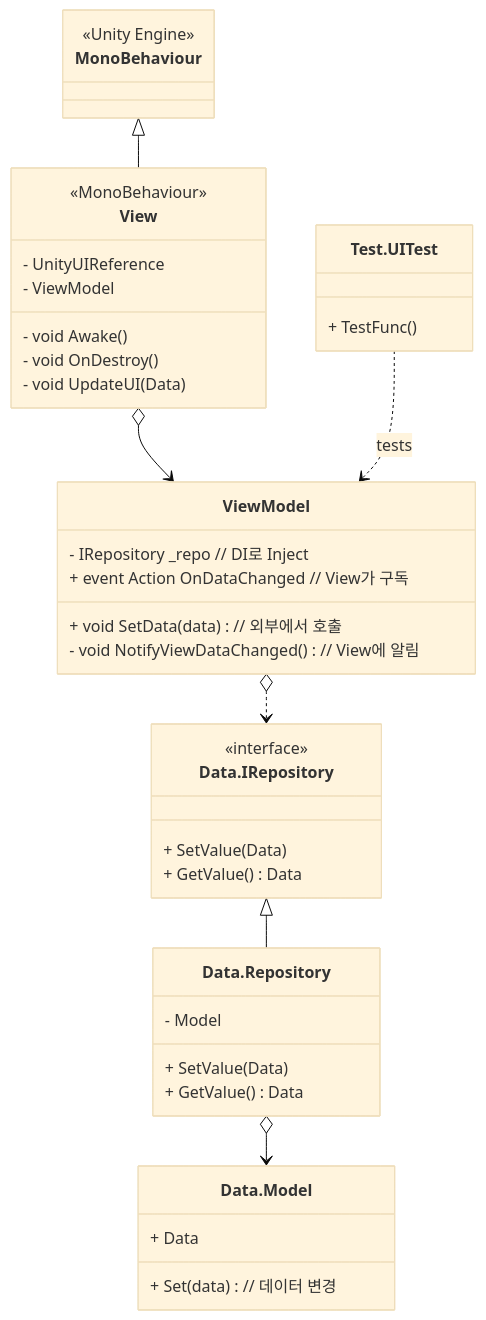
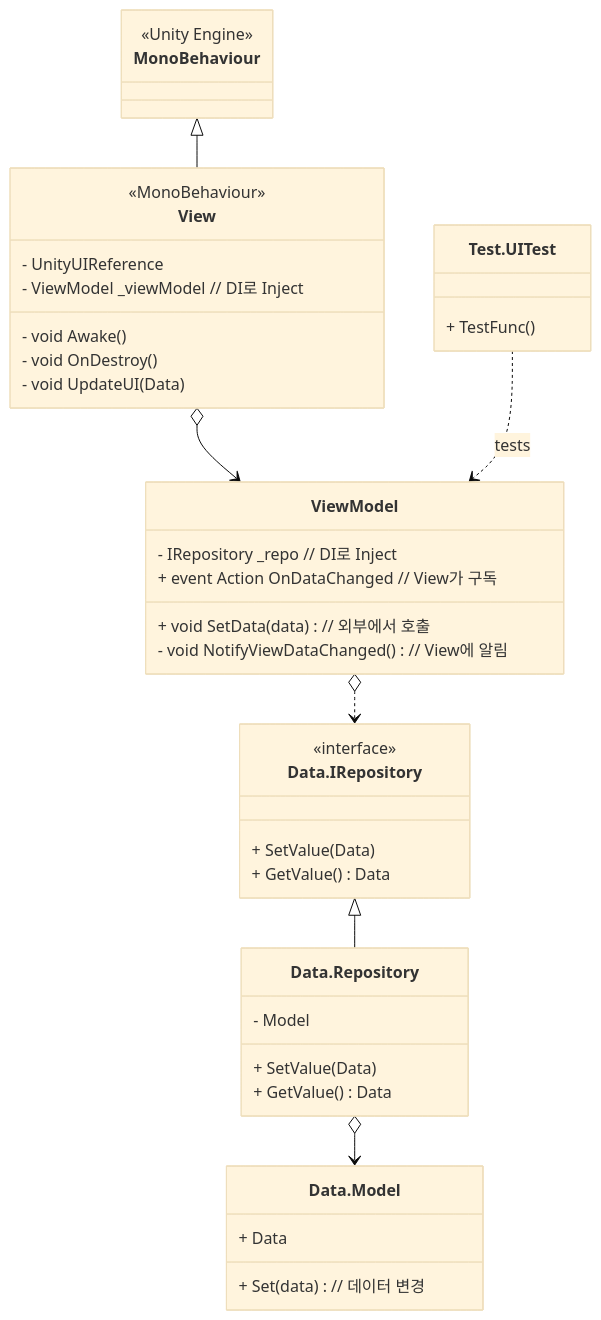
One commit to HyunWoo-Jo/ProjectHS changed the third of 3 diagrams in _Doc/System.md. Above: the diagram before and after it, drawn with Mermaid (base theme). The commit also changed other lines of this file, not shown here.

````diff
--- a/_Doc/System.md
+++ b/_Doc/System.md
@@ -128,61 +128,61 @@
 ```mermaid
 classDiagram
     class MonoBehaviour {
         <<Unity Engine>>
     }
 
     class Test.UITest {
         + TestFunc()
     }
 subgraph VVM
     class View {
         <<MonoBehaviour>>
         - UnityUIReference
-        - ViewModel
+        - ViewModel _viewModel // DI로 Inject
 
         - void Awake()
         - void OnDestroy()
         - void UpdateUI(Data )
     }
 
     class ViewModel {
         - IRepository _repo // DI로 Inject
         + event Action OnDataChanged // View가 구독
 
         + void SetData(data)  // 외부에서 호출
         - void NotifyViewDataChanged() // View에 알림
     }
 end
 subgraph DataAcess
     class Data.IRepository {
         <<interface>>
         + SetValue(Data)
         + GetValue() Data
     }
     class Data.Repository {
         - Model
         + SetValue(Data)
         + GetValue() Data
     }
     class Data.Model {
         + Data
         + Set(data) // 데이터 변경
     }
 end
 
 
     MonoBehaviour <|-- View 
     View o--> ViewModel
 
     ViewModel o..> Data.IRepository
     Data.IRepository <|-- Data.Repository
     Data.Repository o--> Data.Model
     
     Test.UITest ..> ViewModel : tests
     
 
     %% Notes:
     %% o-- : Composition/Aggregation 
     %% --|> : Inheritance 상속
     %% ..> : Dependency / Interaction 
 ```
````
